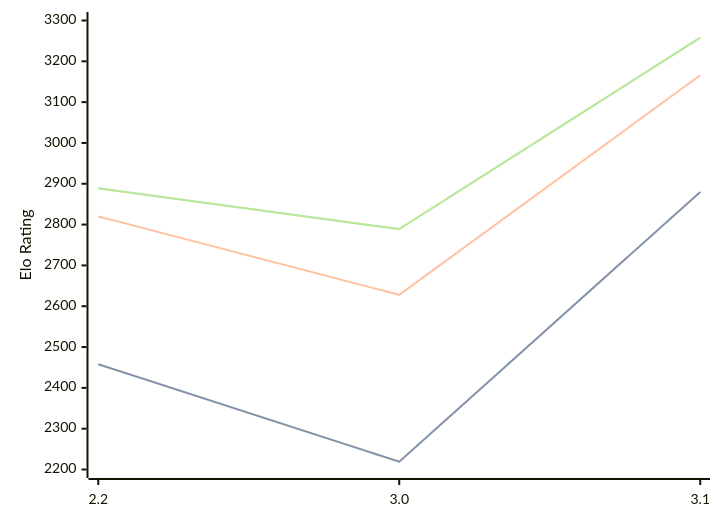
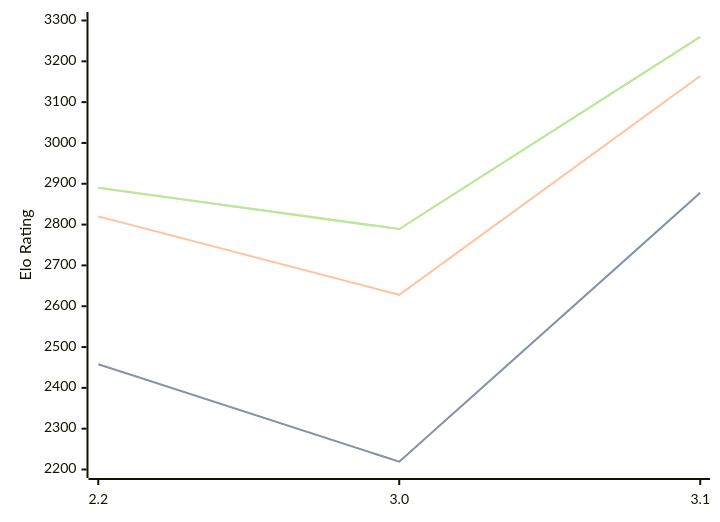
One commit to computer-chess-index/cci changed the diagram in engines/Thrawn.md. Above: the diagram before and after it, drawn with Mermaid. The commit also changed other lines of this file, not shown here.

Commit message:
Update CCI Ratings (ELO VLTC) - 2026-08-05

````diff
--- a/engines/Thrawn.md
+++ b/engines/Thrawn.md
@@ -41,11 +41,11 @@
 ```mermaid
 %%{init: {"theme":"base","themeVariables":{"seriesColors:['#a3a3a3','#222221','#faa371']}}}%%
 xychart-beta
   x-axis ["2.2", "3.0", "3.1"]
   y-axis "Elo Rating" 2200 --> 3300
-  line "STC (8.0+0.08s)" [2458, 2219, 2880]
-  line "STC (8.0+0.08s)" [2458, 2219, 2880]
-  line "LTC (60.0+0.60s)" [2820, 2628, 3166]
-  line "VLTC (2m24s+1.12s)" [2889, 2789, 3258]
-  line "VLTC (2m24s+1.12s)" [2889, 2789, 3258]
+  line "STC (8.0+0.08s)" [2458, 2219, 2878]
+  line "STC (8.0+0.08s)" [2458, 2219, 2878]
+  line "LTC (60.0+0.60s)" [2820, 2628, 3164]
+  line "VLTC (2m24s+1.12s)" [2890, 2789, 3260]
+  line "VLTC (2m24s+1.12s)" [2890, 2789, 3260]
 ```
````
